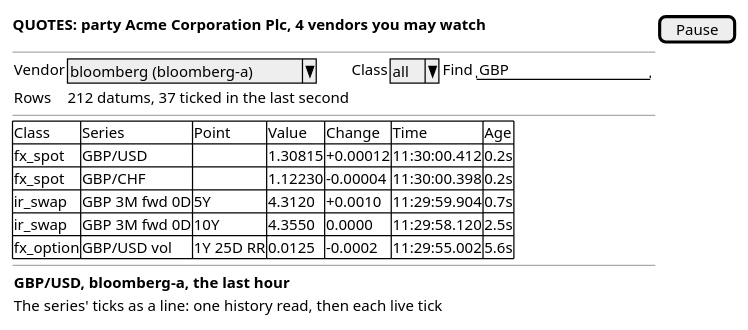
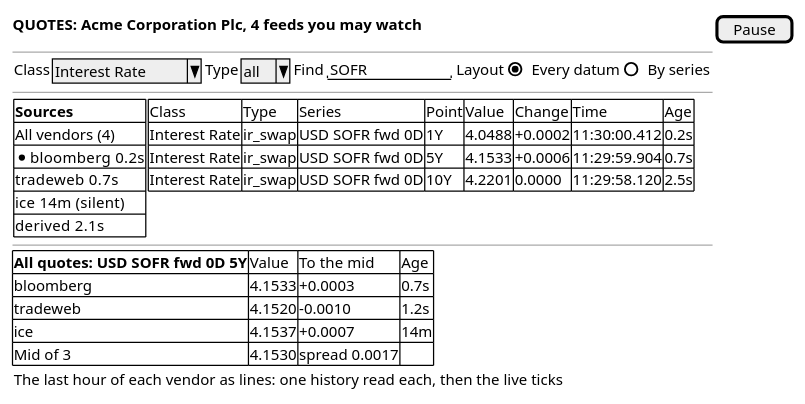
One commit to OreStudio/OreStudio changed the diagram in doc/knowledge/journeys/market_data/wireframe_watch-the-vendors-quotes.puml. Above: the diagram before and after it, drawn with PlantUML. The commit also changed 5 other files, not shown here.

```diff
--- a/doc/knowledge/journeys/market_data/wireframe_watch-the-vendors-quotes.puml
+++ b/doc/knowledge/journeys/market_data/wireframe_watch-the-vendors-quotes.puml
@@ -18,27 +18,39 @@
 @startuml
 
 salt
 {
-  <b>QUOTES: party Acme Corporation Plc, 4 vendors you may watch</b> | [ Pause ]
+  <b>QUOTES: Acme Corporation Plc, 4 feeds you may watch</b> | [ Pause ]
   --
   {
-    Vendor | ^bloomberg (bloomberg-a)^ | Class | ^all^ | Find | "GBP              "
-    Rows | 212 datums, 37 ticked in the last second
+    Class | ^Interest Rate^ | Type | ^all^ | Find | "SOFR        " | Layout | (X) Every datum | () By series
+  }
+  --
+  {
+    {#
+      <b>Sources</b>
+      All vendors (4)
+      * bloomberg  0.2s
+      tradeweb  0.7s
+      ice  14m (silent)
+      derived  2.1s
+    } | {#
+      Class | Type | Series | Point | Value | Change | Time | Age
+      Interest Rate | ir_swap | USD SOFR fwd 0D | 1Y | 4.0488 | +0.0002 | 11:30:00.412 | 0.2s
+      Interest Rate | ir_swap | USD SOFR fwd 0D | 5Y | 4.1533 | +0.0006 | 11:29:59.904 | 0.7s
+      Interest Rate | ir_swap | USD SOFR fwd 0D | 10Y | 4.2201 | 0.0000 | 11:29:58.120 | 2.5s
+    }
   }
   --
   {#
-    Class | Series | Point | Value | Change | Time | Age
-    fx_spot | GBP/USD | . | 1.30815 | +0.00012 | 11:30:00.412 | 0.2s
-    fx_spot | GBP/CHF | . | 1.12230 | -0.00004 | 11:30:00.398 | 0.2s
-    ir_swap | GBP 3M fwd 0D | 5Y | 4.3120 | +0.0010 | 11:29:59.904 | 0.7s
-    ir_swap | GBP 3M fwd 0D | 10Y | 4.3550 | 0.0000 | 11:29:58.120 | 2.5s
-    fx_option | GBP/USD vol | 1Y 25D RR | 0.0125 | -0.0002 | 11:29:55.002 | 5.6s
+    <b>All quotes: USD SOFR fwd 0D 5Y</b> | Value | To the mid | Age
+    bloomberg | 4.1533 | +0.0003 | 0.7s
+    tradeweb | 4.1520 | -0.0010 | 1.2s
+    ice | 4.1537 | +0.0007 | 14m
+    Mid of 3 | 4.1530 | spread 0.0017 | .
   }
-  --
   {
-    <b>GBP/USD, bloomberg-a, the last hour</b>
-    The series' ticks as a line: one history read, then each live tick
+    The last hour of each vendor as lines: one history read each, then the live ticks
   }
 }
 
 @enduml
```
